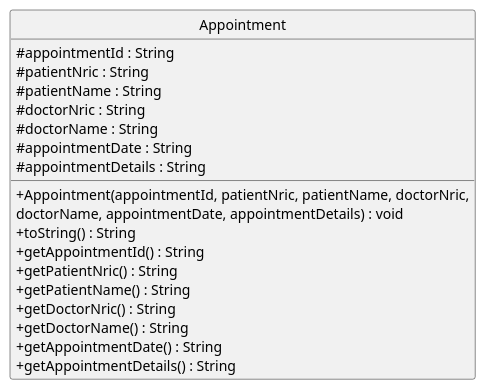
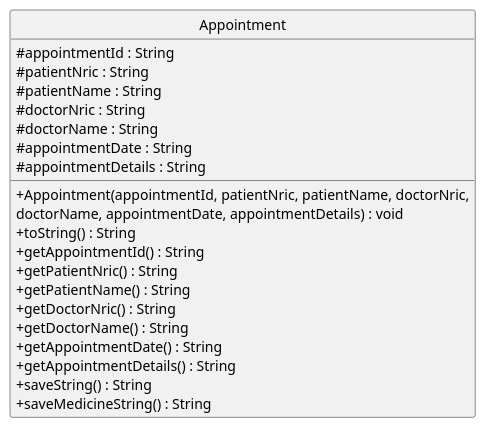
Before and after one commit to nus-cs2113-AY2122S2/tp: the diagram in docs/diagrams/AppointmentUML.puml, drawn with PlantUML. The commit also changed 3 other files, not shown here.

Commit message:
Update appt and apptList UML images to reflect new methods

```diff
--- a/docs/diagrams/AppointmentUML.puml
+++ b/docs/diagrams/AppointmentUML.puml
@@ -1,24 +1,26 @@
 @startuml
 hide circle
 skinparam classAttributeIconSize 0
 class Appointment {
 #appointmentId : String
 #patientNric : String
 #patientName : String
 #doctorNric : String
 #doctorName : String
 #appointmentDate : String
 #appointmentDetails : String
 +Appointment(appointmentId, patientNric, patientName, doctorNric,
 doctorName, appointmentDate, appointmentDetails) : void
 +toString() : String
 +getAppointmentId() : String
 +getPatientNric() : String
 +getPatientName() : String
 +getDoctorNric() : String
 +getDoctorName() : String
 +getAppointmentDate() : String
 +getAppointmentDetails() : String
++saveString() : String
++saveMedicineString() : String
 }
 
 @enduml
```
